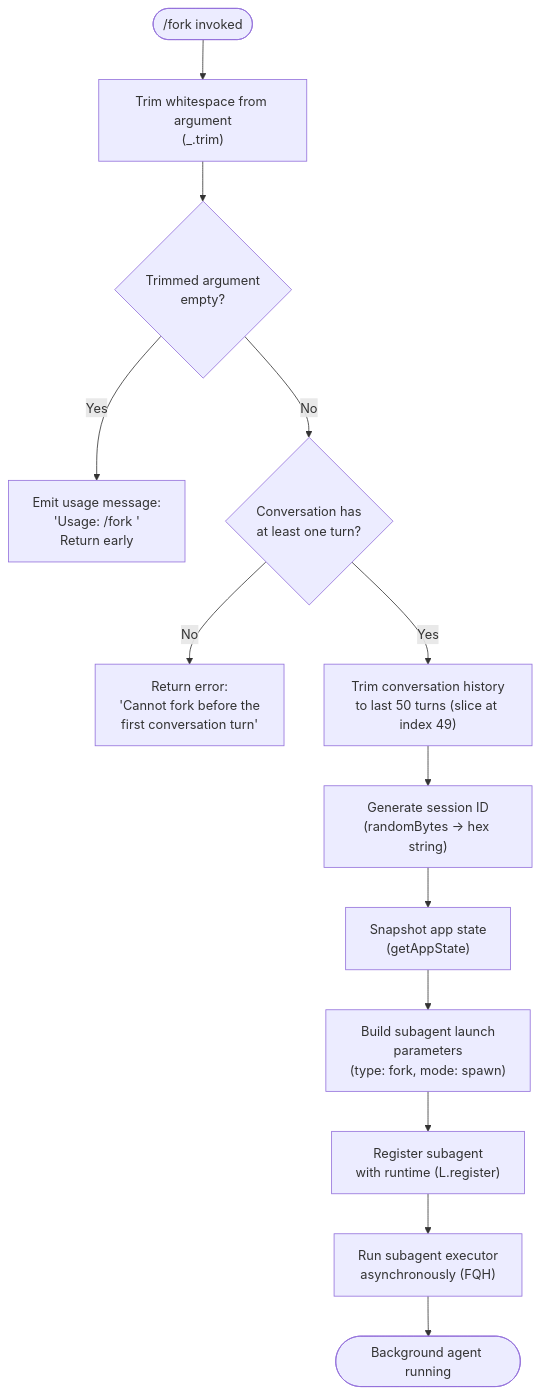
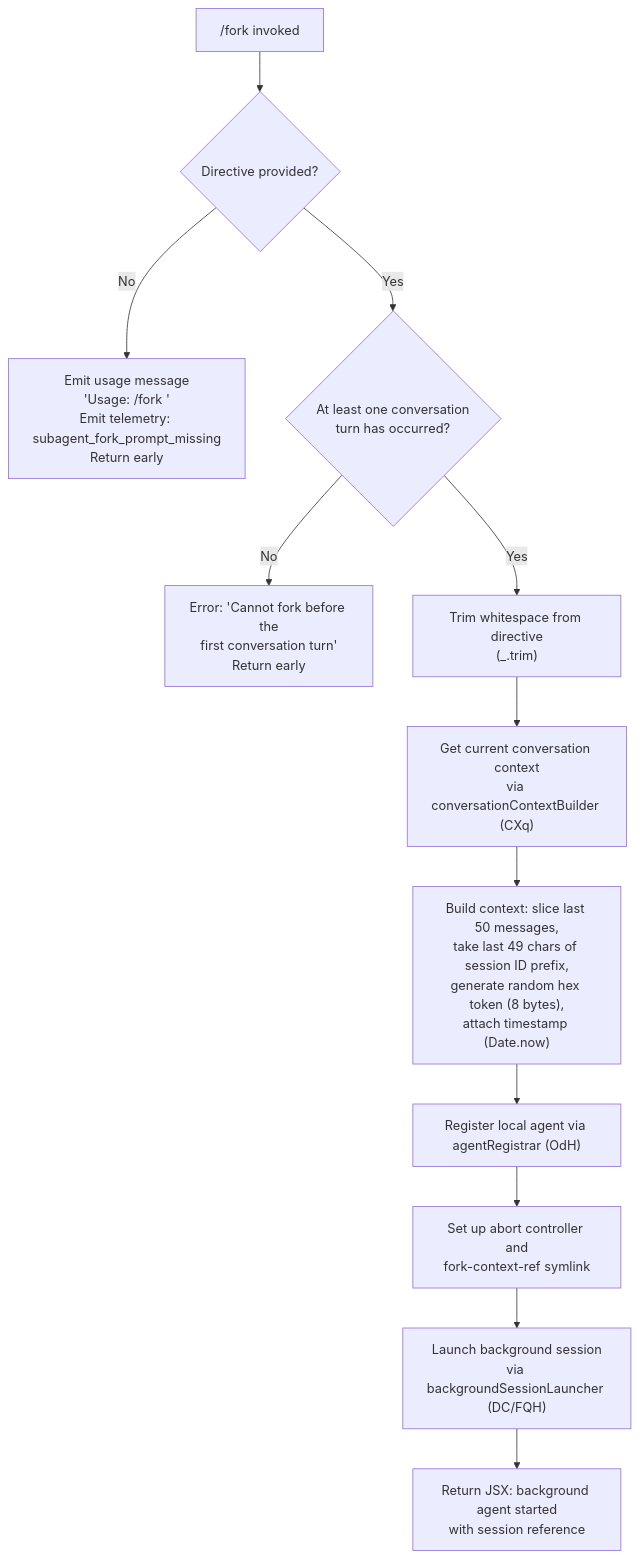
One commit to MyLittleLuckyDog/cc-gnothi changed the diagram in versions/v2.1.133/fork.md. Above: the diagram before and after it, drawn with Mermaid. The commit also changed other lines of this file and 95 other files, not shown here.

````diff
--- a/versions/v2.1.133/fork.md
+++ b/versions/v2.1.133/fork.md
@@ -46,15 +55,14 @@
 ```mermaid
 flowchart TD
-    A(["/fork <directive> invoked"]) --> B["Trim whitespace from argument\n(_.trim)"]
-    B --> C{Trimmed argument\nempty?}
-    C -- Yes --> D["Emit usage message:\n'Usage: /fork <directive>'\nReturn early"]
-    C -- No --> E{Conversation has\nat least one turn?}
-    E -- No --> F["Return error:\n'Cannot fork before the\nfirst conversation turn'"]
-    E -- Yes --> G["Trim conversation history\nto last 50 turns (slice at index 49)"]
-    G --> H["Generate session ID\n(randomBytes → hex string)"]
-    H --> I["Snapshot app state\n(getAppState)"]
-    I --> J["Build subagent launch\nparameters\n(type: fork, mode: spawn)"]
-    J --> K["Register subagent\nwith runtime (L.register)"]
-    K --> L["Run subagent executor\nasynchronously (FQH)"]
-    L --> M([Background agent running])
+    A["/fork <directive> invoked"] --> B{Directive provided?}
+    B -- No --> C["Emit usage message\n'Usage: /fork <directive>'\nEmit telemetry: subagent_fork_prompt_missing\nReturn early"]
+    B -- Yes --> D{At least one conversation\nturn has occurred?}
+    D -- No --> E["Error: 'Cannot fork before the\nfirst conversation turn'\nReturn early"]
+    D -- Yes --> F["Trim whitespace from directive\n(_.trim)"]
+    F --> G["Get current conversation context\nvia conversationContextBuilder (CXq)"]
+    G --> H["Build context: slice last 50 messages,\ntake last 49 chars of session ID prefix,\ngenerate random hex token (8 bytes),\nattach timestamp (Date.now)"]
+    H --> I["Register local agent via agentRegistrar (OdH)"]
+    I --> J["Set up abort controller and\nfork-context-ref symlink"]
+    J --> K["Launch background session\nvia backgroundSessionLauncher (DC/FQH)"]
+    K --> L["Return JSX: background agent started\nwith session reference"]
 ```
````
